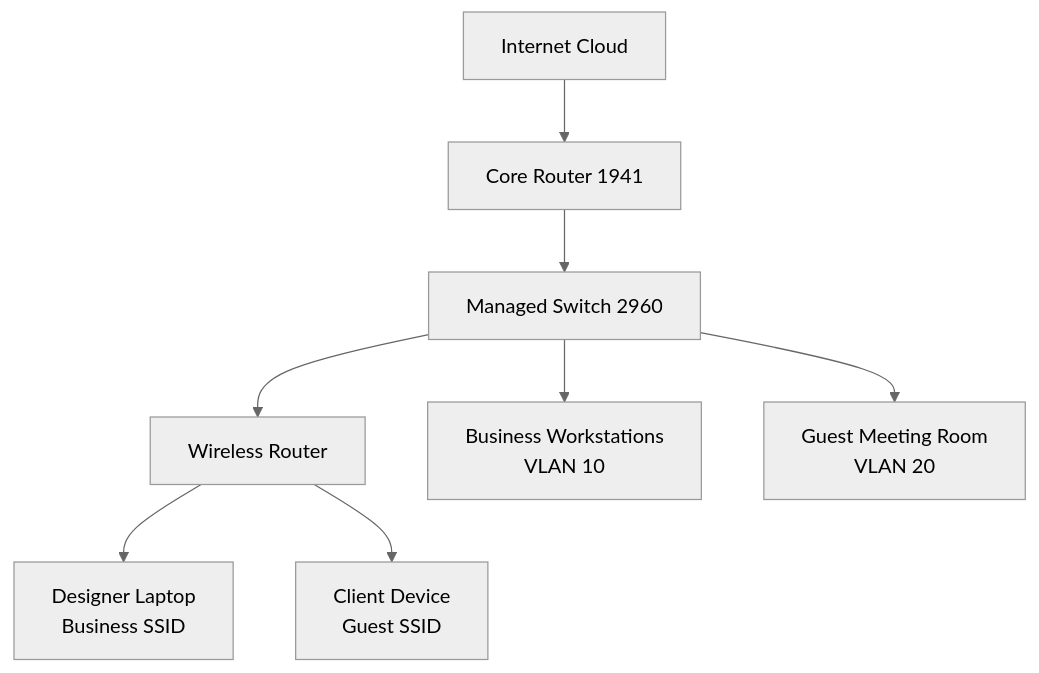
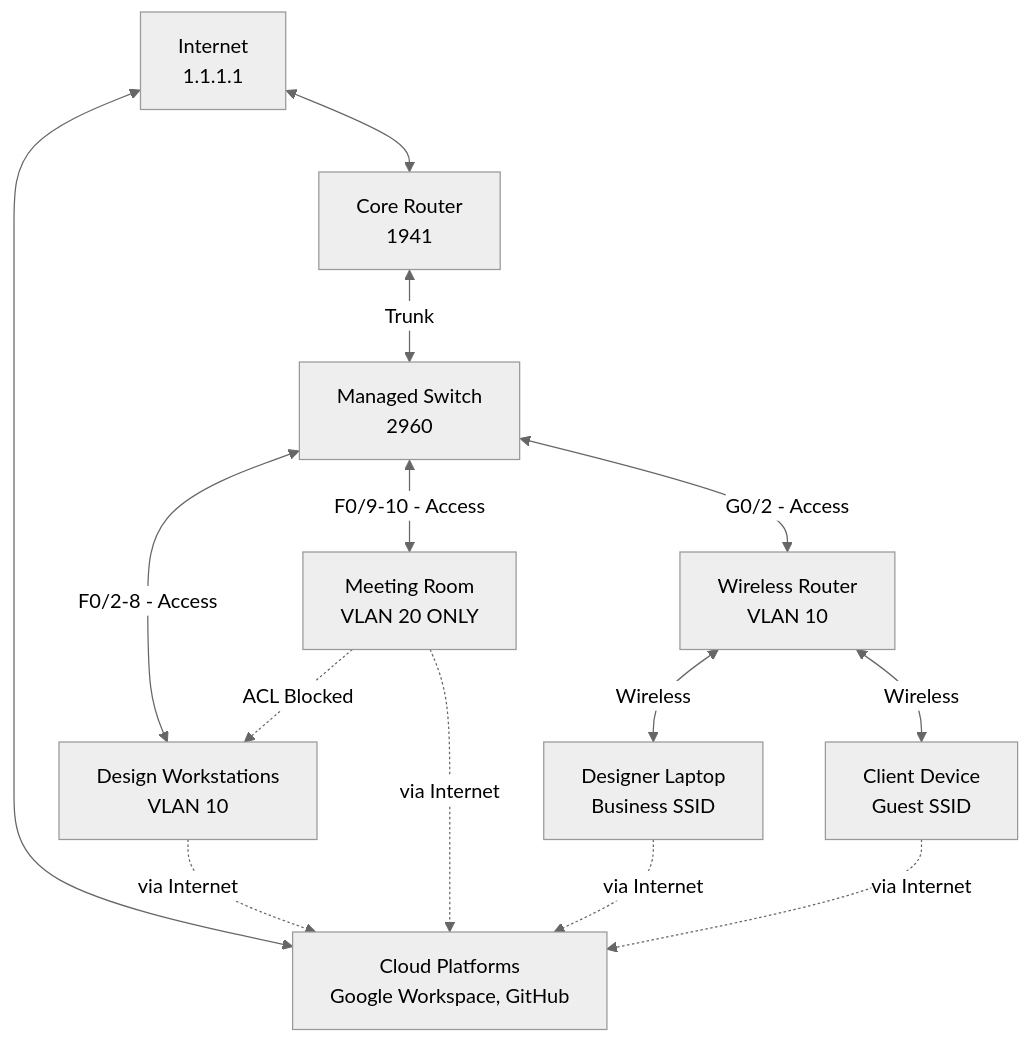
One commit to rick-homelab/business-network-simulations changed the diagram in project-01-soho-network/README.md. Above: the diagram before and after it, drawn with Mermaid (neutral theme).

````diff
--- a/project-01-soho-network/README.md
+++ b/project-01-soho-network/README.md
@@ -25,11 +25,22 @@
 ```mermaid
 graph TB
-    INTERNET[Internet Cloud] --> R1[Core Router 1941]
-    R1 --> SW1[Managed Switch 2960]
-    SW1 --> AP1[Wireless Router]
-    SW1 --> WORKSTATION[Business Workstations<br/>VLAN 10]
-    SW1 --> MEETING[Guest Meeting Room<br/>VLAN 20]
+    INTERNET[Internet<br/>1.1.1.1] <--> R1[Core Router</br>1941]
     
-    AP1 --> LAPTOP[Designer Laptop<br/>Business SSID]
-    AP1 --> CLIENT[Client Device<br/>Guest SSID]
+    R1 <--> |Trunk| SW1[Managed Switch<br/>2960]
+
+    SW1 <--> |G0/2 - Access| AP1[Wireless Router<br/>VLAN 10]
+    SW1 <--> |F0/2-8 - Access| WORKSTATION[Design Workstations<br/>VLAN 10]
+    SW1 <--> |F0/9-10 - Access| MEETING[Meeting Room<br/>VLAN 20 ONLY]
+    
+    AP1 <--> |Wireless| LAPTOP[Designer Laptop<br/>Business SSID]
+    AP1 <--> |Wireless| CLIENT[Client Device<br/>Guest SSID]
+    
+    INTERNET <--> CLOUD[Cloud Platforms<br/>Google Workspace, GitHub]
+    
+    WORKSTATION -.-> |via Internet| CLOUD
+    MEETING -.-> |via Internet| CLOUD
+    LAPTOP -.-> |via Internet| CLOUD
+    CLIENT -.-> |via Internet| CLOUD
+
+    MEETING -.-> |ACL Blocked| WORKSTATION
 ```
````
